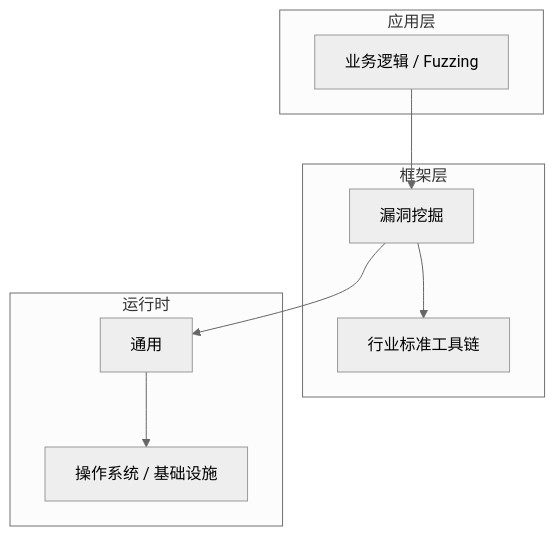
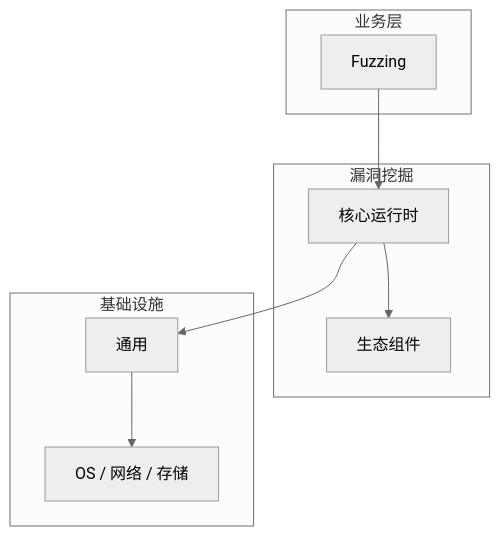
Before and after one commit to yanggan2015/knowledge-json-v2: the diagram in articles/漏洞挖掘/chapters/019-Fuzzing核心概念与原理.md, drawn with Mermaid (neutral theme). The commit also changed other lines of this file and 10127 other files, not shown here.

````diff
--- a/articles/漏洞挖掘/chapters/019-Fuzzing核心概念与原理.md
+++ b/articles/漏洞挖掘/chapters/019-Fuzzing核心概念与原理.md
@@ -46,18 +31,18 @@
 ```mermaid
 graph TB
-    subgraph 应用层
-        A[业务逻辑 / Fuzzing]
+    subgraph 业务层
+        A[Fuzzing]
     end
-    subgraph 框架层
-        B[漏洞挖掘]
-        C[行业标准工具链]
+    subgraph 漏洞挖掘
+        B[核心运行时]
+        C[生态组件]
     end
-    subgraph 运行时
+    subgraph 基础设施
         D[通用]
-        E[操作系统 / 基础设施]
+        E[OS / 网络 / 存储]
     end
     A --> B
     B --> C
     B --> D
     D --> E
 ```
````
